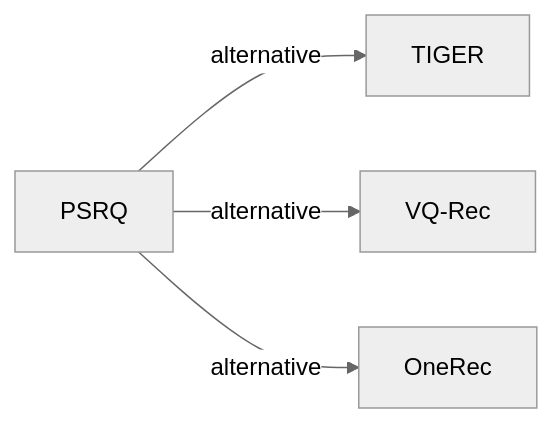
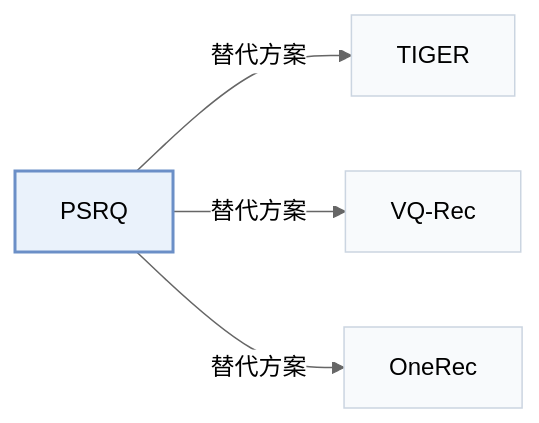
Before and after one commit to Galaxy-ghost/Awesome-SID-Generative-Rec: the second of 2 diagrams in pages/zh/papers/psrq.md, drawn with Mermaid (neutral theme). The commit also changed other lines of this file and 649 other files, not shown here.

Commit message:
writer-05: also tags and modality index (schema, check, build, visuals); summary field removed; calibration data for 12 papers

````diff
--- a/pages/zh/papers/psrq.md
+++ b/pages/zh/papers/psrq.md
@@ -67,7 +74,11 @@
 ```mermaid
 flowchart LR
     P["PSRQ"]
-    P -->|alternative| A["TIGER"]
-    P -->|alternative| B["VQ-Rec"]
-    P -->|alternative| C["OneRec"]
+    P -->|"替代方案"| A["TIGER"]
+    P -->|"替代方案"| B["VQ-Rec"]
+    P -->|"替代方案"| C["OneRec"]
+    classDef main fill:#eaf2fb,stroke:#6b8fc7,stroke-width:2px
+    classDef peer fill:#f8fafc,stroke:#cbd5e1
+    class P main
+    class A,B,C peer
 ```
````
